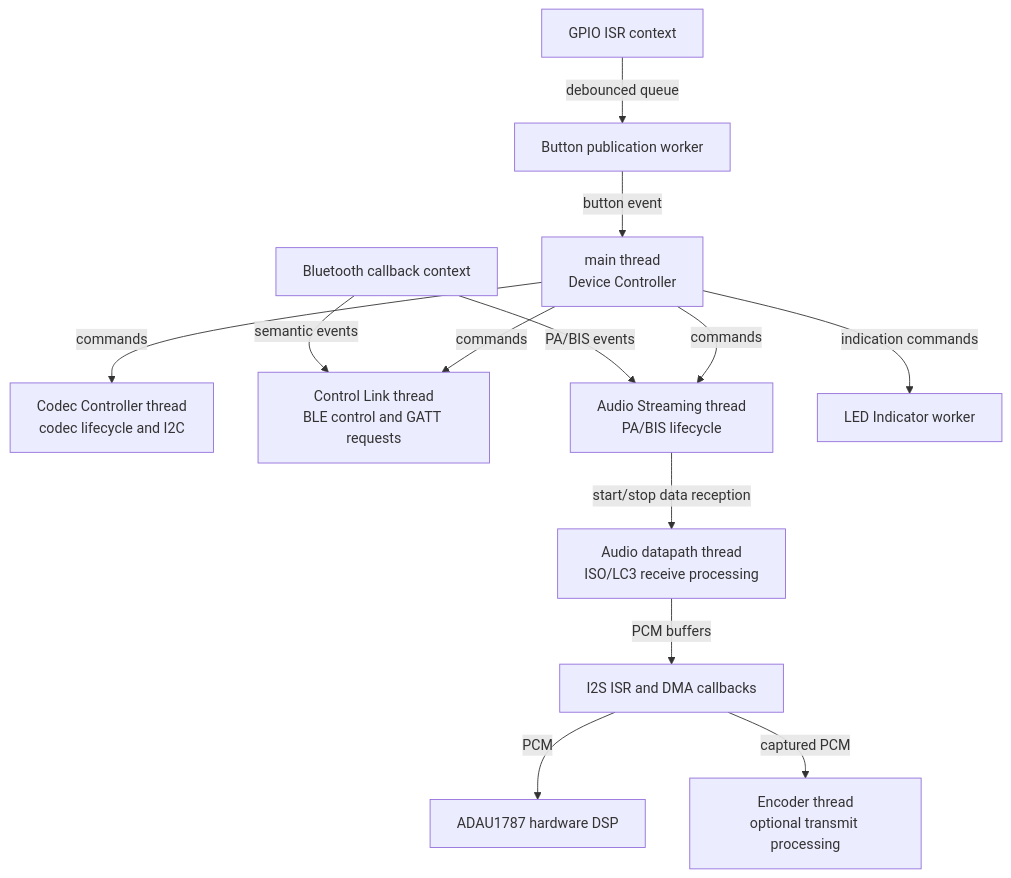
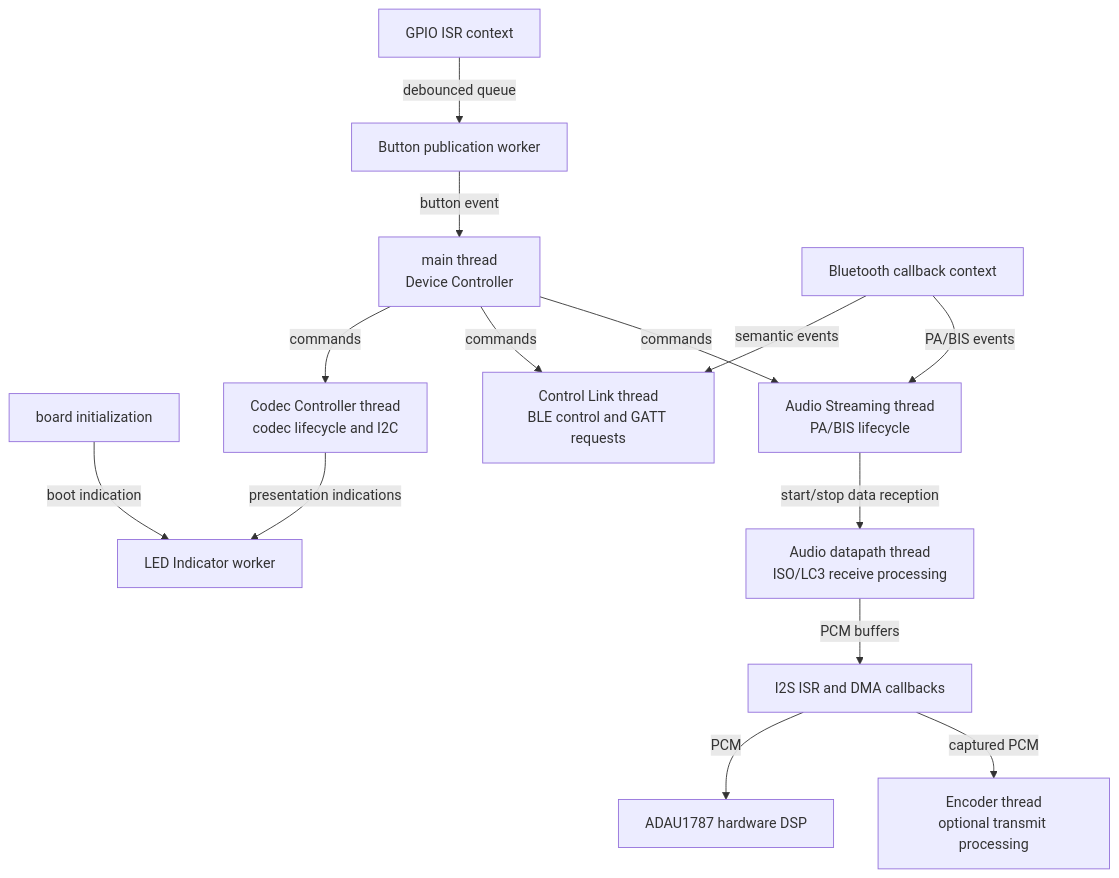
The diagram in docs/architecture/threads-and-contexts.md (Matheus-Cavalcanti/tiresias-soak-test), drawn with Mermaid before and after one commit. The commit also changed other lines of this file and 6 other files, not shown here.

````diff
--- a/docs/architecture/threads-and-contexts.md
+++ b/docs/architecture/threads-and-contexts.md
@@ -28,32 +28,34 @@
 ```mermaid
 flowchart TB
     main["main thread<br/>Device Controller"]
+    board["board initialization"]
     codec["Codec Controller thread<br/>codec lifecycle and I2C"]
     control["Control Link thread<br/>BLE control and GATT requests"]
     streaming["Audio Streaming thread<br/>PA/BIS lifecycle"]
 
     btcb["Bluetooth callback context"]
     gpio["GPIO ISR context"]
     button["Button publication worker"]
     led["LED Indicator worker"]
 
     rx["Audio datapath thread<br/>ISO/LC3 receive processing"]
     encoder["Encoder thread<br/>optional transmit processing"]
     i2s["I2S ISR and DMA callbacks"]
     dsp["ADAU1787 hardware DSP"]
 
     btcb -->|"semantic events"| control
     btcb -->|"PA/BIS events"| streaming
     gpio -->|"debounced queue"| button
     button -->|"button event"| main
 
     main -->|"commands"| codec
     main -->|"commands"| control
     main -->|"commands"| streaming
-    main -->|"indication commands"| led
+    board -->|"boot indication"| led
+    codec -->|"presentation indications"| led
 
     streaming -->|"start/stop data reception"| rx
     rx -->|"PCM buffers"| i2s
     i2s -->|"PCM"| dsp
     i2s -->|"captured PCM"| encoder
 ```
````
